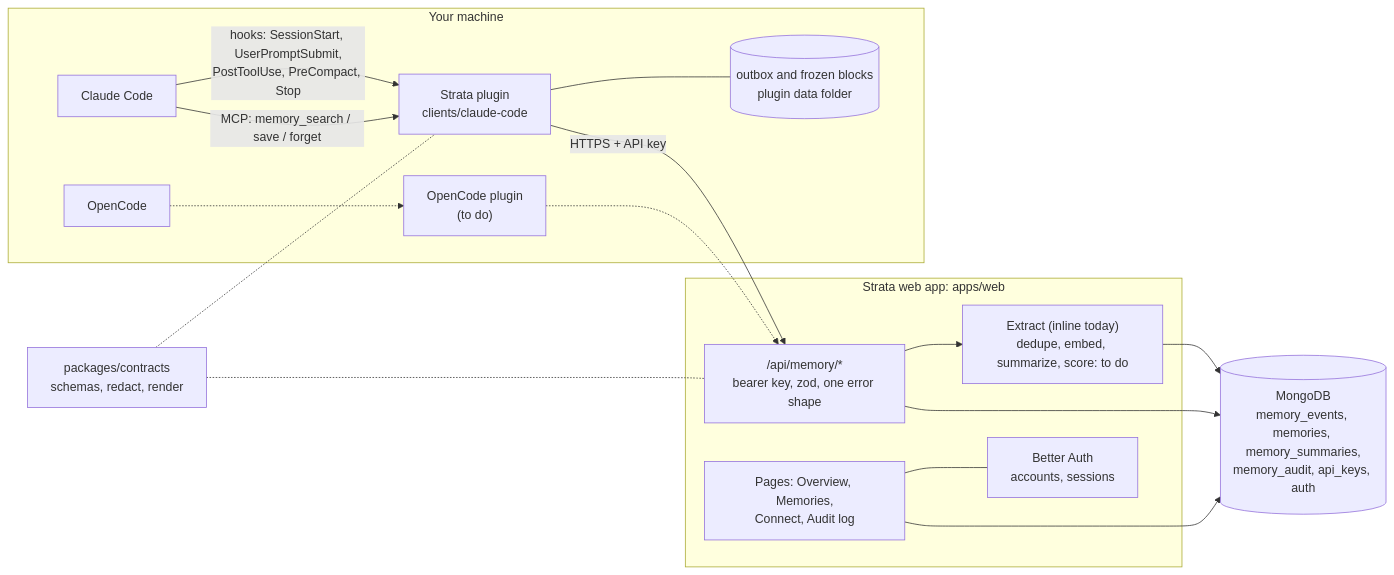
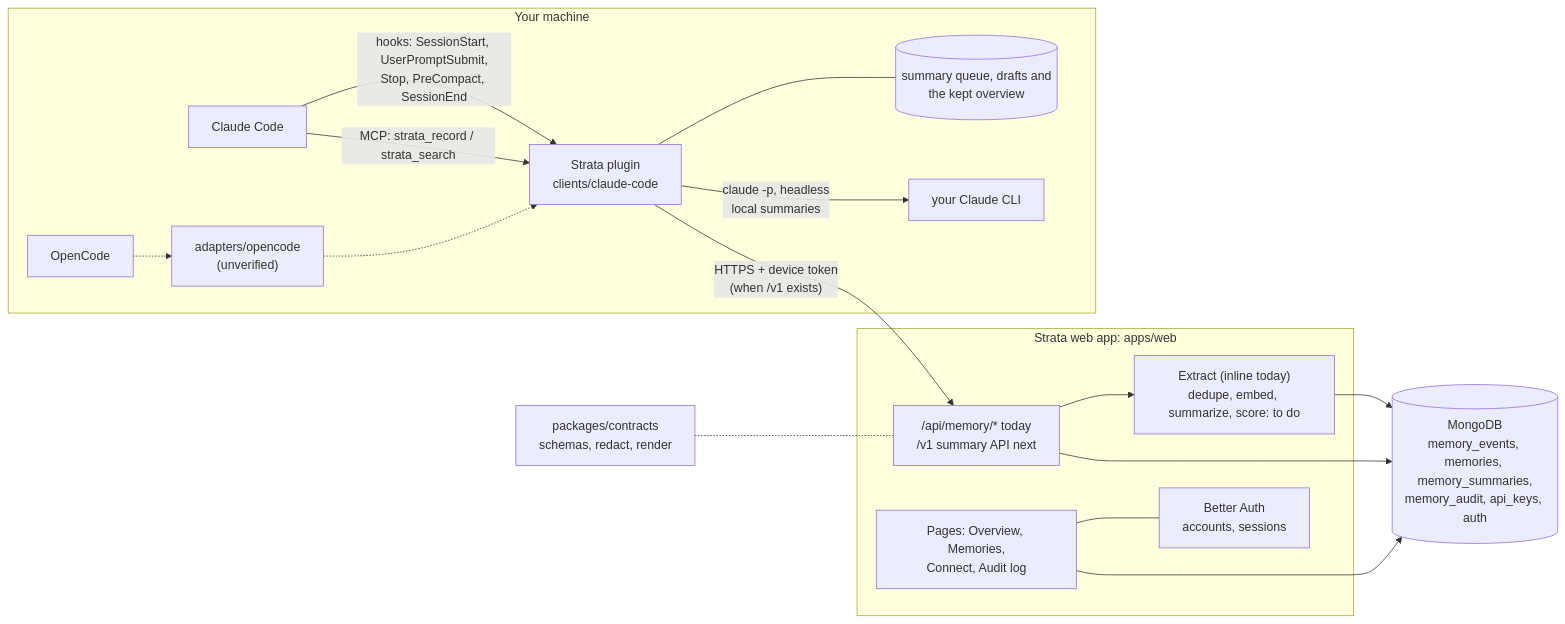
Before and after one commit to Erik-Koning/Strata: the first of 2 diagrams in README.md, drawn with Mermaid. The commit also changed other lines of this file and 104 other files, not shown here.

First line of the commit message:
Strata: summary-first Claude Code plugin and its /v1 backend

````diff
--- a/README.md
+++ b/README.md
@@ -25,25 +36,25 @@
 ```mermaid
 flowchart LR
   subgraph machine["Your machine"]
-    CC["Claude Code"] -- "hooks: SessionStart, UserPromptSubmit,<br/>PostToolUse, PreCompact, Stop" --> PL["Strata plugin<br/>clients/claude-code"]
-    CC -- "MCP: memory_search / save / forget" --> PL
-    PL --- OB[("outbox and frozen blocks<br/>plugin data folder")]
-    OC["OpenCode"] -.-> OP["OpenCode plugin<br/>(to do)"]
+    CC["Claude Code"] -- "hooks: SessionStart, UserPromptSubmit,<br/>Stop, PreCompact, SessionEnd" --> PL["Strata plugin<br/>clients/claude-code"]
+    CC -- "MCP: strata_record / strata_search" --> PL
+    PL --- OB[("summary queue, drafts and<br/>the kept overview")]
+    PL -- "claude -p, headless<br/>local summaries" --> CL["your Claude CLI"]
+    OC["OpenCode"] -.-> OP["adapters/opencode<br/>(unverified)"]
+    OP -.-> PL
   end
   subgraph server["Strata web app: apps/web"]
-    API["/api/memory/*<br/>bearer key, zod, one error shape"]
+    API["/api/memory/* today<br/>/v1 summary API next"]
     UI["Pages: Overview, Memories,<br/>Connect, Audit log"]
     AUTH["Better Auth<br/>accounts, sessions"]
     JOBS["Extract (inline today)<br/>dedupe, embed, summarize, score: to do"]
   end
   DB[("MongoDB<br/>memory_events, memories, memory_summaries,<br/>memory_audit, api_keys, auth")]
-  PL -- "HTTPS + API key" --> API
-  OP -.-> API
+  PL -- "HTTPS + device token<br/>(when /v1 exists)" --> API
   UI --- AUTH
   API --> JOBS
   API --> DB
   JOBS --> DB
   UI --> DB
-  CT["packages/contracts<br/>schemas, redact, render"] -.- PL
-  CT -.- API
+  CT["packages/contracts<br/>schemas, redact, render"] -.- API
 ```
````
